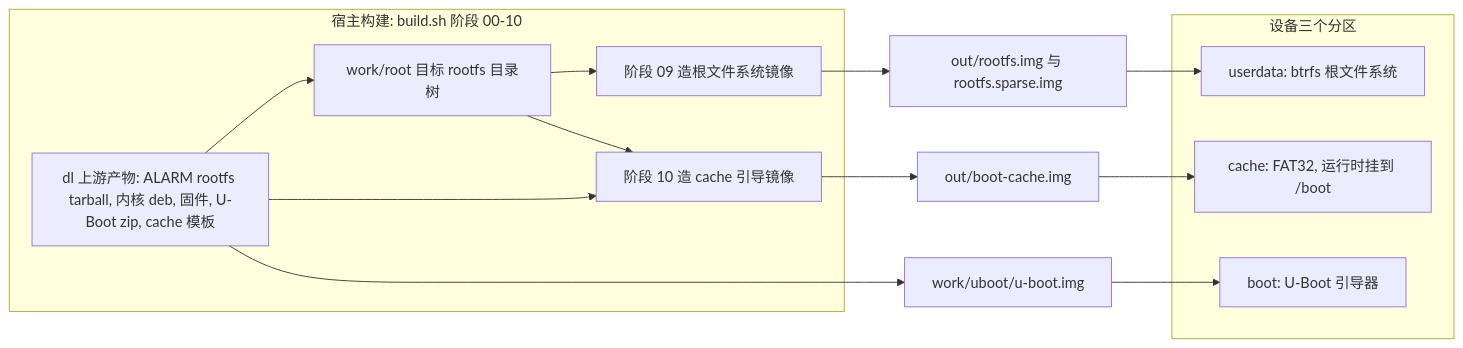
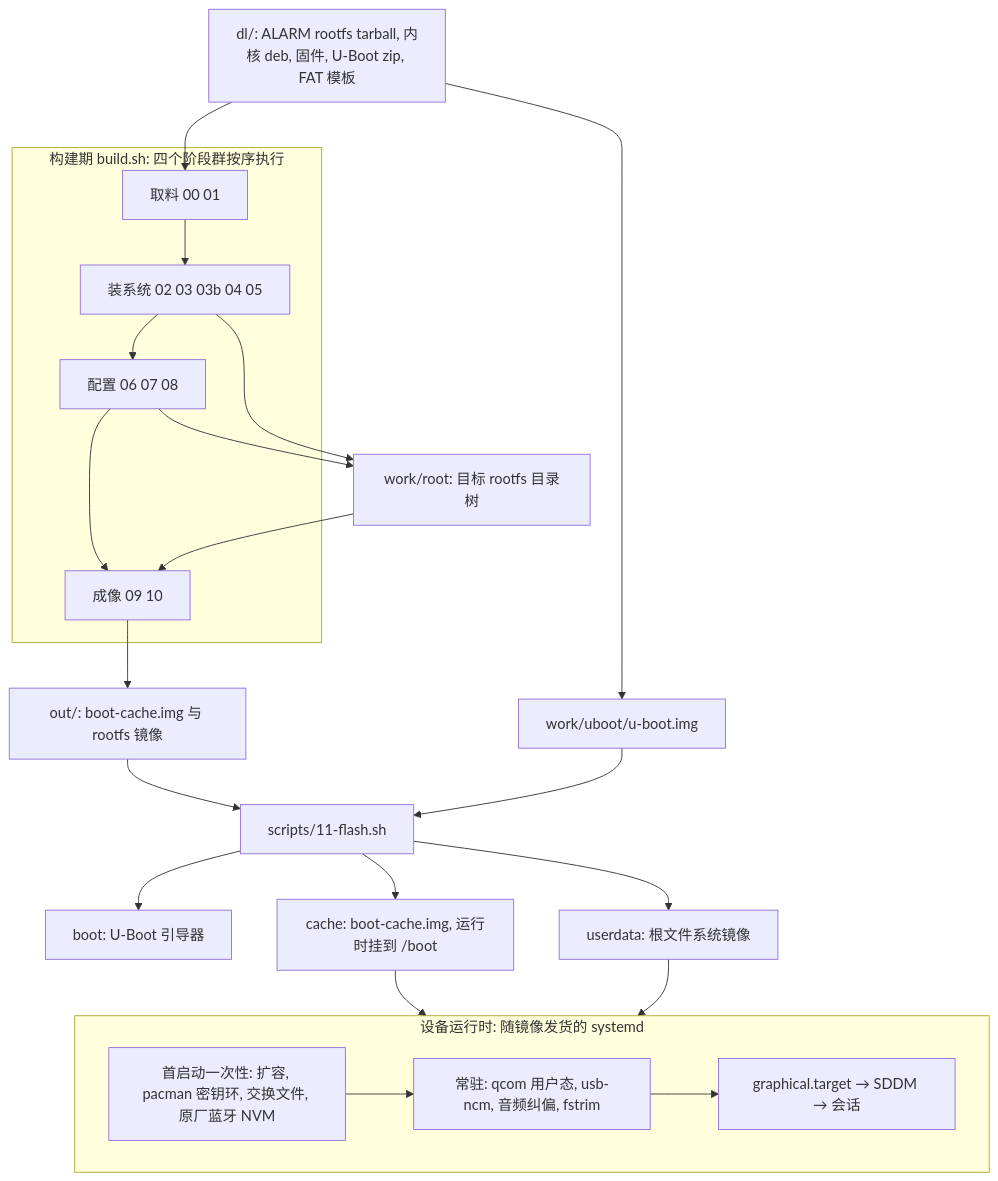
Before and after one commit to Winter21c/archlinux-xiaomi-raphael: the diagram in openwiki/architecture/overview.md, drawn with Mermaid. The commit also changed other lines of this file and 17 other files, not shown here.

````diff
--- a/openwiki/architecture/overview.md
+++ b/openwiki/architecture/overview.md
@@ -30,27 +26,32 @@
 ```mermaid
-flowchart LR
-  subgraph HOST["宿主构建: build.sh 阶段 00-10"]
-    DL["dl 上游产物: ALARM rootfs tarball, 内核 deb, 固件, U-Boot zip, cache 模板"]
-    TREE["work/root 目标 rootfs 目录树"]
-    S09["阶段 09 造根文件系统镜像"]
-    S10["阶段 10 造 cache 引导镜像"]
-    DL --> TREE
-    TREE --> S09
-    TREE --> S10
-    DL --> S10
+flowchart TB
+  DL["dl/: ALARM rootfs tarball, 内核 deb, 固件, U-Boot zip, FAT 模板"]
+  subgraph BUILD["构建期 build.sh: 四个阶段群按序执行"]
+    G1["取料 00 01"]
+    G2["装系统 02 03 03b 04 05"]
+    G3["配置 06 07 08"]
+    G4["成像 09 10"]
+    G1 --> G2 --> G3 --> G4
   end
+  TREE["work/root: 目标 rootfs 目录树"]
+  OUT["out/: boot-cache.img 与 rootfs 镜像"]
   UB["work/uboot/u-boot.img"]
-  BC["out/boot-cache.img"]
-  RF["out/rootfs.img 与 rootfs.sparse.img"]
+  DL --> G1
+  G2 --> TREE
+  G3 --> TREE
+  TREE --> G4 --> OUT
   DL --> UB
-  S09 --> RF
-  S10 --> BC
-  subgraph DEV["设备三个分区"]
-    PBOOT["boot: U-Boot 引导器"]
-    PCACHE["cache: FAT32, 运行时挂到 /boot"]
-    PUSER["userdata: btrfs 根文件系统"]
+  OUT --> FLASH["scripts/11-flash.sh"]
+  UB --> FLASH
+  FLASH --> PBOOT["boot: U-Boot 引导器"]
+  FLASH --> PCACHE["cache: boot-cache.img, 运行时挂到 /boot"]
+  FLASH --> PUSER["userdata: 根文件系统镜像"]
+  subgraph RUN["设备运行时: 随镜像发货的 systemd"]
+    FIRST["首启动一次性: 扩容, pacman 密钥环, 交换文件, 原厂蓝牙 NVM"]
+    LONG["常驻: qcom 用户态, usb-ncm, 音频纠偏, fstrim"]
+    LOGIN["graphical.target → SDDM → 会话"]
+    FIRST --> LONG --> LOGIN
   end
-  UB --> PBOOT
-  BC --> PCACHE
-  RF --> PUSER
+  PCACHE --> RUN
+  PUSER --> RUN
 ```
````
